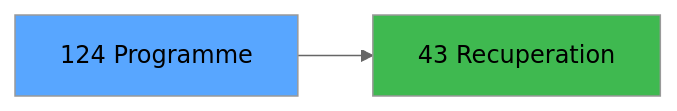
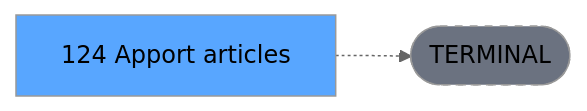
One commit to thonyAGP/lecteur-magic changed the third of 3 diagrams in .openspec/specs/ADH-IDE-124.md. Above: the diagram before and after it, drawn with Mermaid (neutral theme). The commit also changed other lines of this file and 701 other files, not shown here.

````diff
--- a/.openspec/specs/ADH-IDE-124.md
+++ b/.openspec/specs/ADH-IDE-124.md
@@ -145,8 +138,8 @@
 ```mermaid
 graph LR
-    T[124 Programme]
-    C43[43 Recuperation]
-    T --> C43
+    T[124 Apport articles]
+    TERM([TERMINAL])
+    T -.-> TERM
+    style TERM fill:#6b7280,stroke-dasharray: 5 5
     style T fill:#58a6ff,color:#000
-    style C43 fill:#3fb950
 ```
````
